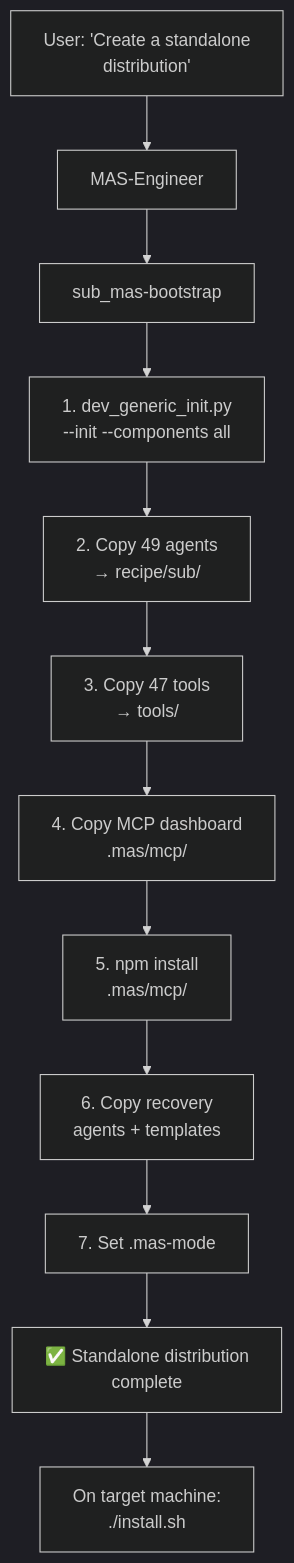
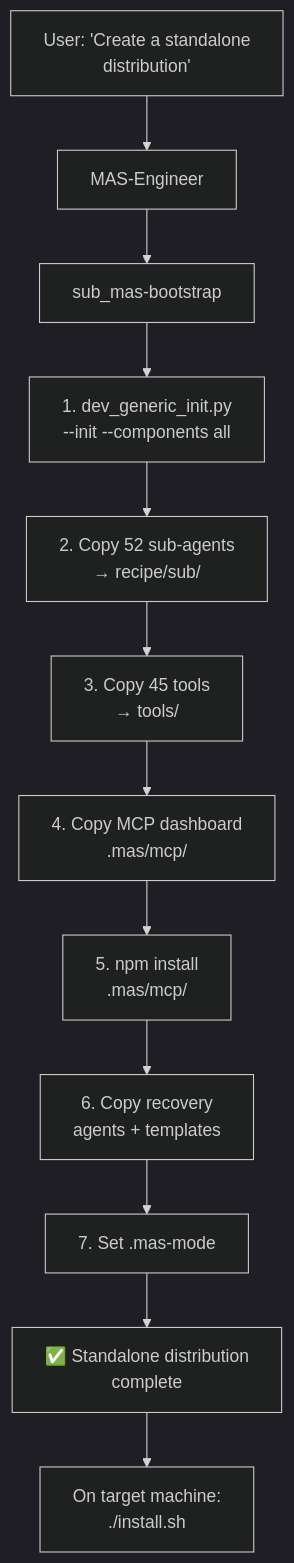
Before and after one commit to mczardybon/mas-engineer: the third of 4 diagrams in docs/usage.md, drawn with Mermaid (dark theme). The commit also changed other lines of this file and 33 other files, not shown here.

````diff
--- a/docs/usage.md
+++ b/docs/usage.md
@@ -187,14 +187,14 @@
 ```mermaid
 flowchart TD
     USER["User: 'Create a standalone\ndistribution'"] --> ENGINEER["MAS-Engineer"]
     ENGINEER --> BOOTSTRAP["sub_mas-bootstrap"]
     BOOTSTRAP --> GEN["1. dev_generic_init.py\n--init --components all"]
-    GEN --> AGENTS["2. Copy 49 agents\n→ recipe/sub/"]
-    AGENTS --> TOOLS["3. Copy 47 tools\n→ tools/"]
+    GEN --> AGENTS["2. Copy 52 sub-agents\n→ recipe/sub/"]
+    AGENTS --> TOOLS["3. Copy 45 tools\n→ tools/"]
     TOOLS --> MCP["4. Copy MCP dashboard\n.mas/mcp/"]
     MCP --> NPM["5. npm install\n.mas/mcp/"]
     NPM --> RECOVERY["6. Copy recovery\nagents + templates"]
     RECOVERY --> MODE["7. Set .mas-mode"]
     MODE --> DONE["✅ Standalone distribution\ncomplete"]
     DONE --> INSTALL["On target machine:\n./install.sh"]
 ```
````
